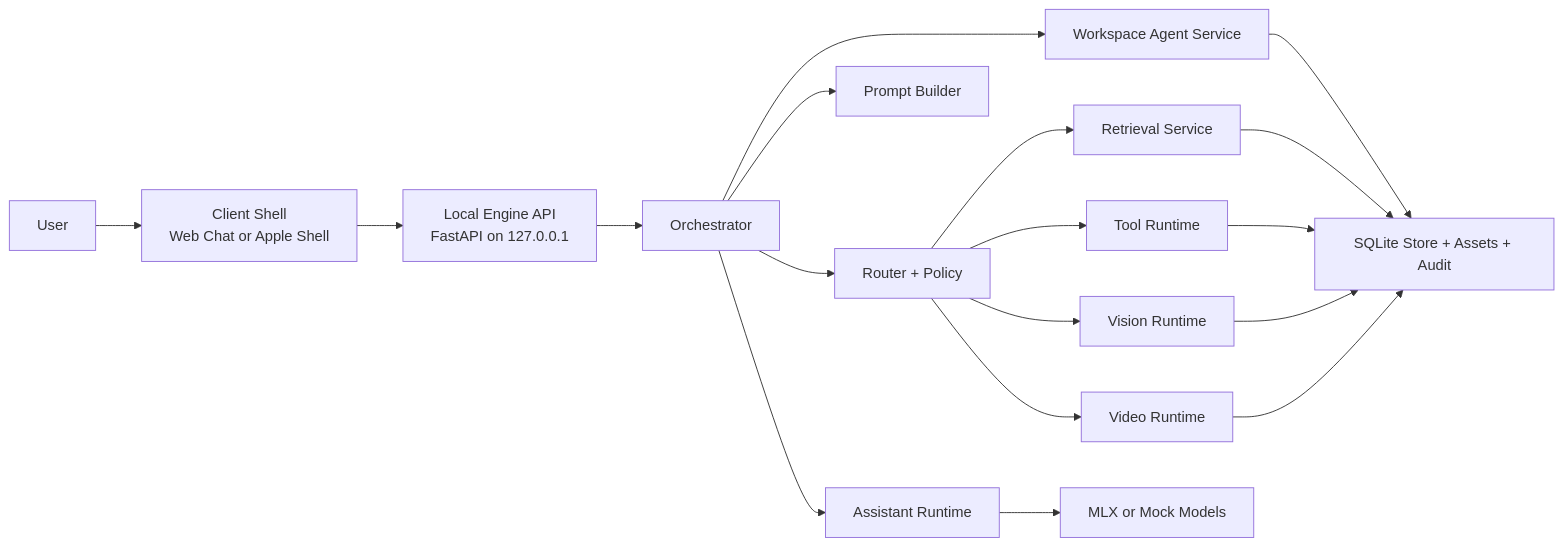
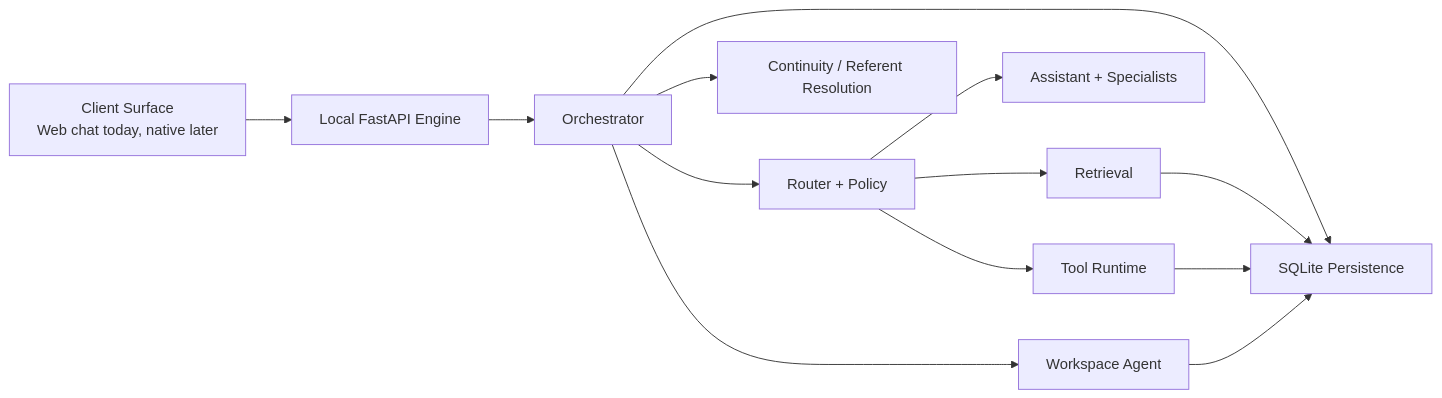
The first of 5 diagrams in README.md (CheickDiakite-yikes/gemma-local-expert), drawn with Mermaid before and after one commit. The commit also changed other lines of this file and 11 other files, not shown here.

Commit message:
Broaden local outputs and harden continuity

````diff
--- a/README.md
+++ b/README.md
@@ -154,20 +370,15 @@
 ```mermaid
 flowchart LR
-    User["User"] --> Client["Client Shell<br/>Web Chat or Apple Shell"]
-    Client --> API["Local Engine API<br/>FastAPI on 127.0.0.1"]
-    API --> Orchestrator["Orchestrator"]
-    Orchestrator --> Router["Router + Policy"]
-    Orchestrator --> Agent["Workspace Agent Service"]
-    Orchestrator --> Prompt["Prompt Builder"]
-    Router --> Retrieval["Retrieval Service"]
-    Router --> Vision["Vision Runtime"]
-    Router --> Video["Video Runtime"]
-    Router --> Tools["Tool Runtime"]
-    Orchestrator --> Runtime["Assistant Runtime"]
-    Agent --> Store["SQLite Store + Assets + Audit"]
-    Retrieval --> Store["SQLite Store + Assets + Audit"]
-    Tools --> Store
-    Vision --> Store
-    Video --> Store
-    Runtime --> Models["MLX or Mock Models"]
+    UI["Client Surface<br/>Web chat today, native later"] --> API["Local FastAPI Engine"]
+    API --> ORCH["Orchestrator"]
+    ORCH --> ROUTER["Router + Policy"]
+    ORCH --> CONTEXT["Continuity / Referent Resolution"]
+    ROUTER --> RETR["Retrieval"]
+    ROUTER --> MODELS["Assistant + Specialists"]
+    ROUTER --> TOOLS["Tool Runtime"]
+    ORCH --> AGENT["Workspace Agent"]
+    ORCH --> STORE["SQLite Persistence"]
+    RETR --> STORE
+    TOOLS --> STORE
+    AGENT --> STORE
 ```
````
